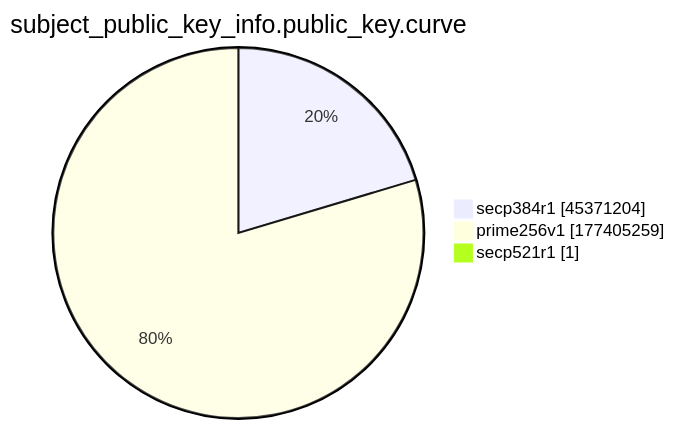
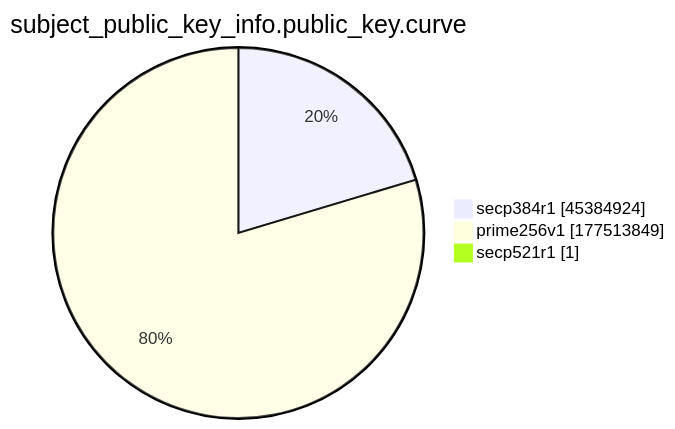
One commit to christiankrug/ctmonitor_visualization changed the ninth of 15 diagrams in xenon2022/README.md. Above: the diagram before and after it, drawn with Mermaid. The commit also changed other lines of this file, not shown here.

````diff
--- a/xenon2022/README.md
+++ b/xenon2022/README.md
@@ -2873,7 +2873,7 @@
 ```mermaid
 pie showData
 title subject_public_key_info.public_key.curve
-"secp384r1" :45371204
-"prime256v1" :177405259
+"secp384r1" :45384924
+"prime256v1" :177513849
 "secp521r1" :1
 ```
````
